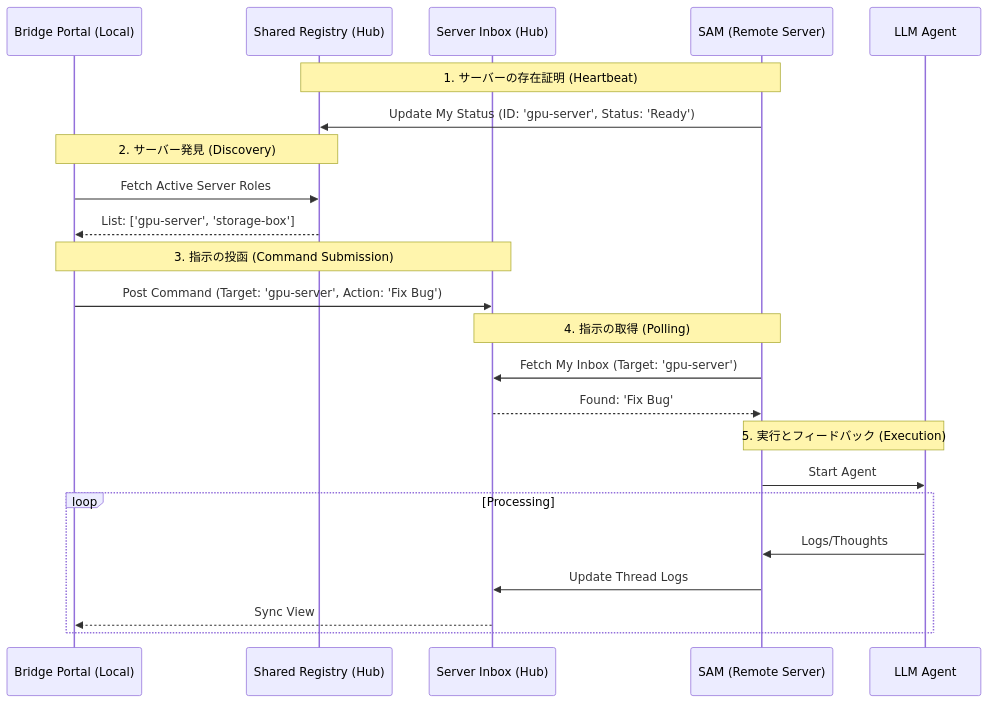
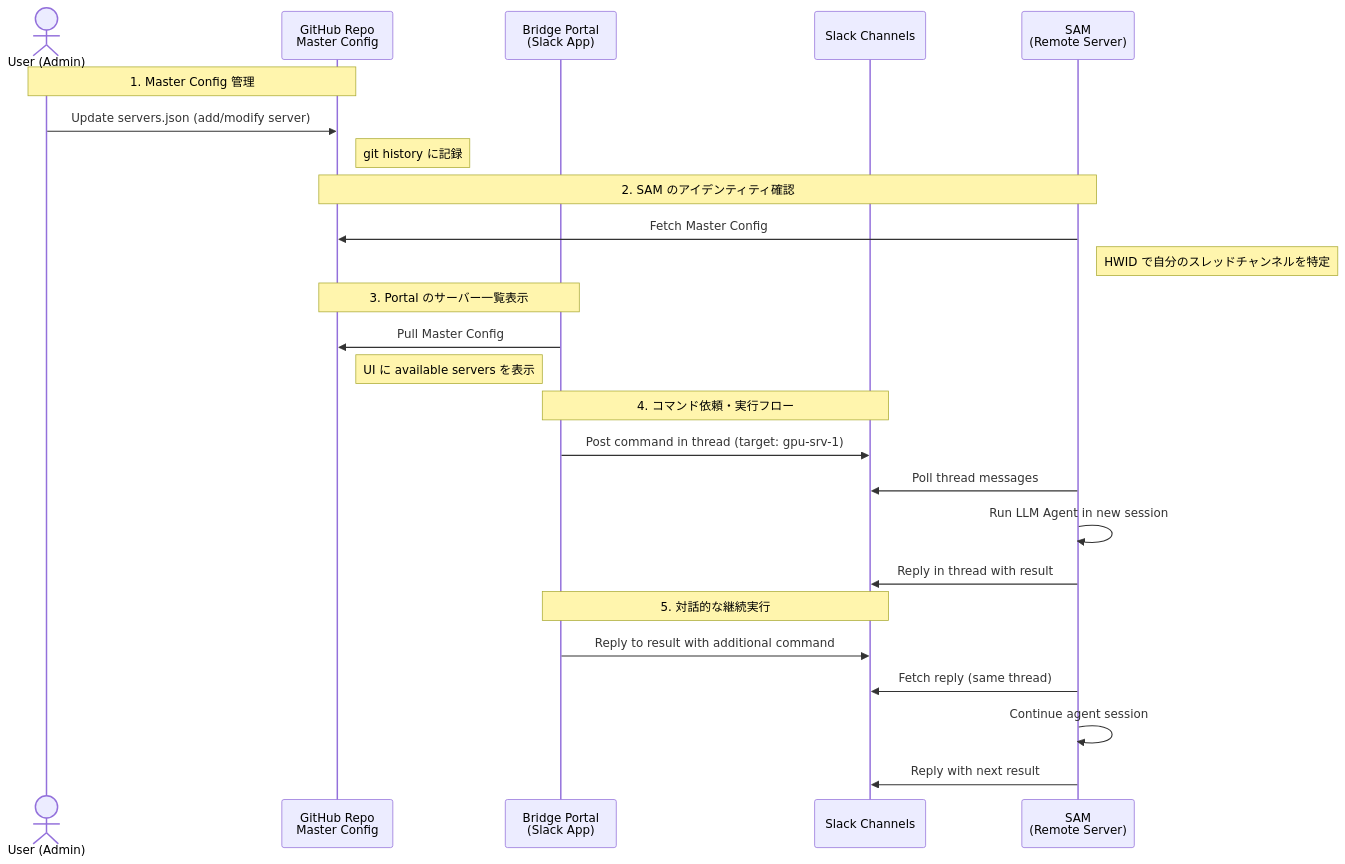
The third of 3 diagrams in projects/various/initiatives/20260505--call-remote-server-llm/DIAGRAMS.md (hagevvashi-info/hagevvashi.info-dev-hub), drawn with Mermaid before and after one commit. The commit also changed other lines of this file and 3 other files, not shown here.

First line of the commit message:
docs: specify Remote LLM Bridge architecture - GitHub config, Slack control, session management (#32)

````diff
--- a/projects/various/initiatives/20260505--call-remote-server-llm/DIAGRAMS.md
+++ b/projects/various/initiatives/20260505--call-remote-server-llm/DIAGRAMS.md
@@ -80,30 +88,32 @@
 ```mermaid
 sequenceDiagram
-    participant U as Bridge Portal (Local)
-    participant R as Shared Registry (Hub)
-    participant I as Server Inbox (Hub)
-    participant S as SAM (Remote Server)
-    participant A as LLM Agent
+    actor U as User (Admin)
+    participant G as GitHub Repo<br/>Master Config
+    participant P as Bridge Portal<br/>(Slack App)
+    participant Slack as Slack Channels
+    participant S as SAM<br/>(Remote Server)
 
-    Note over S,R: 1. サーバーの存在証明 (Heartbeat)
-    S->>R: Update My Status (ID: 'gpu-server', Status: 'Ready')
+    Note over U,G: 1. Master Config 管理
+    U->>G: Update servers.json (add/modify server)
+    Note right of G: git history に記録
+
+    Note over S,G: 2. SAM のアイデンティティ確認
+    S->>G: Fetch Master Config
+    Note right of S: HWID で自分のスレッドチャンネルを特定
     
-    Note over U,R: 2. サーバー発見 (Discovery)
-    U->>R: Fetch Active Server Roles
-    R-->>U: List: ['gpu-server', 'storage-box']
+    Note over P,G: 3. Portal のサーバー一覧表示
+    P->>G: Pull Master Config
+    Note left of P: UI に available servers を表示
+
+    Note over P,Slack: 4. コマンド依頼・実行フロー
+    P->>Slack: Post command in thread (target: gpu-srv-1)
+    S->>Slack: Poll thread messages
+    S->>S: Run LLM Agent in new session
+    S->>Slack: Reply in thread with result
     
-    Note over U,I: 3. 指示の投函 (Command Submission)
-    U->>I: Post Command (Target: 'gpu-server', Action: 'Fix Bug')
-    
-    Note over S,I: 4. 指示の取得 (Polling)
-    S->>I: Fetch My Inbox (Target: 'gpu-server')
-    I-->>S: Found: 'Fix Bug'
-    
-    Note over S,A: 5. 実行とフィードバック (Execution)
-    S->>A: Start Agent
-    loop Processing
-        A->>S: Logs/Thoughts
-        S->>I: Update Thread Logs
-        I-->>U: Sync View
-    end
+    Note over P,Slack: 5. 対話的な継続実行
+    P->>Slack: Reply to result with additional command
+    S->>Slack: Fetch reply (same thread)
+    S->>S: Continue agent session
+    S->>Slack: Reply with next result
 ```
````
